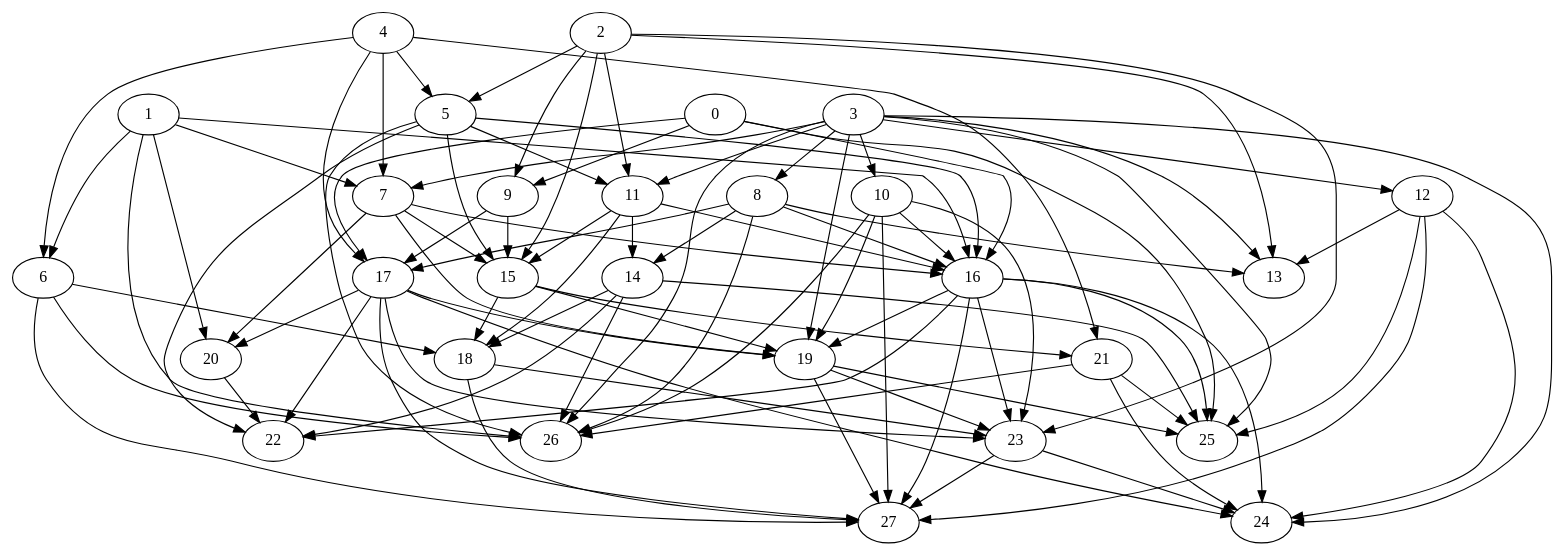
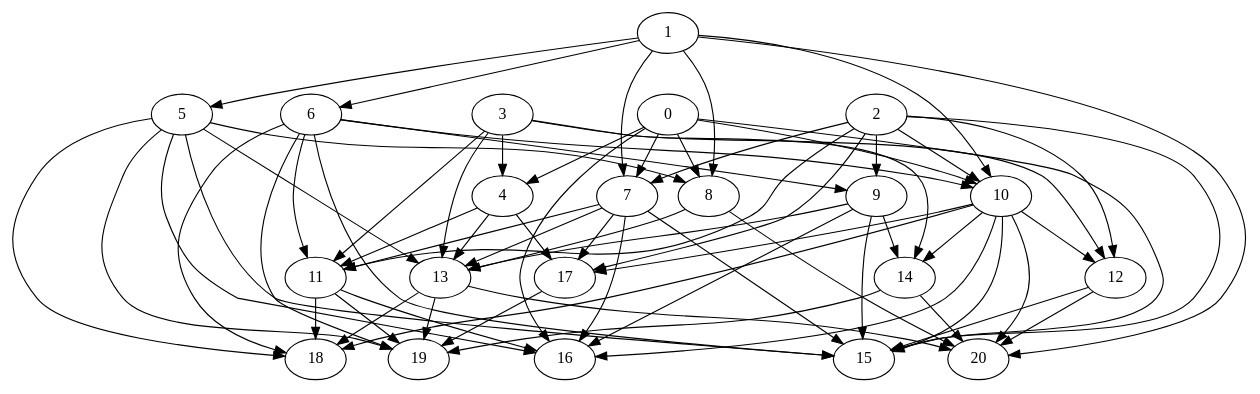
Before and after one commit to clussificate/STRATEGIC_INVENTORY: the diagram in src/DAG.dot, drawn with Graphviz. The commit also changed 4 other files, not shown here.

```diff
--- a/src/DAG.dot
+++ b/src/DAG.dot
@@ -1,94 +1,70 @@
 strict digraph "" {
-	0 -> 9;
+	0 -> 4;
+	0 -> 7;
+	0 -> 8;
+	0 -> 10;
+	0 -> 15;
 	0 -> 16;
-	0 -> 17;
-	0 -> 25;
-	9 -> 17;
-	9 -> 15;
+	4 -> 11;
+	4 -> 13;
+	4 -> 17;
+	1 -> 5;
 	1 -> 6;
 	1 -> 7;
-	1 -> 16;
+	1 -> 8;
+	1 -> 10;
 	1 -> 20;
-	1 -> 26;
+	5 -> 8;
+	5 -> 13;
+	5 -> 15;
+	5 -> 16;
+	5 -> 18;
+	5 -> 19;
+	6 -> 10;
+	6 -> 9;
+	6 -> 11;
+	6 -> 15;
 	6 -> 18;
-	6 -> 26;
-	6 -> 27;
-	7 -> 16;
-	7 -> 15;
-	7 -> 20;
-	7 -> 19;
-	2 -> 9;
-	2 -> 5;
-	2 -> 11;
-	2 -> 13;
-	2 -> 15;
-	2 -> 23;
-	5 -> 11;
-	5 -> 16;
-	5 -> 15;
-	5 -> 22;
-	5 -> 26;
-	3 -> 7;
-	3 -> 8;
+	6 -> 19;
+	3 -> 4;
 	3 -> 11;
-	3 -> 10;
 	3 -> 12;
 	3 -> 13;
-	3 -> 19;
-	3 -> 25;
-	3 -> 26;
-	3 -> 24;
-	8 -> 16;
-	8 -> 17;
+	3 -> 14;
+	7 -> 11;
+	7 -> 13;
+	7 -> 15;
+	7 -> 16;
+	7 -> 17;
 	8 -> 13;
-	8 -> 14;
-	8 -> 26;
-	4 -> 6;
-	4 -> 7;
-	4 -> 5;
-	4 -> 17;
-	4 -> 21;
+	8 -> 20;
+	10 -> 12;
+	10 -> 15;
+	10 -> 16;
+	10 -> 17;
+	10 -> 14;
+	10 -> 20;
+	10 -> 18;
+	2 -> 7;
+	2 -> 10;
+	2 -> 9;
+	2 -> 11;
+	2 -> 12;
+	2 -> 15;
+	2 -> 17;
+	9 -> 13;
+	9 -> 15;
+	9 -> 16;
+	9 -> 14;
 	11 -> 16;
-	11 -> 15;
-	11 -> 14;
 	11 -> 18;
-	10 -> 16;
-	10 -> 19;
-	10 -> 23;
-	10 -> 26;
-	10 -> 27;
-	12 -> 13;
-	12 -> 25;
-	12 -> 24;
-	12 -> 27;
-	16 -> 19;
-	16 -> 23;
-	16 -> 22;
-	16 -> 25;
-	16 -> 24;
-	16 -> 27;
-	17 -> 20;
+	11 -> 19;
+	12 -> 15;
+	12 -> 20;
+	13 -> 20;
+	13 -> 18;
+	13 -> 19;
 	17 -> 19;
-	17 -> 23;
-	17 -> 22;
-	17 -> 24;
-	17 -> 27;
-	15 -> 19;
-	15 -> 18;
-	15 -> 21;
-	14 -> 18;
-	14 -> 22;
-	14 -> 25;
-	14 -> 26;
-	20 -> 22;
-	19 -> 23;
-	19 -> 25;
-	19 -> 27;
-	18 -> 23;
-	18 -> 27;
-	23 -> 24;
-	23 -> 27;
-	21 -> 25;
-	21 -> 26;
-	21 -> 24;
+	14 -> 20;
+	14 -> 19;
 }
```
